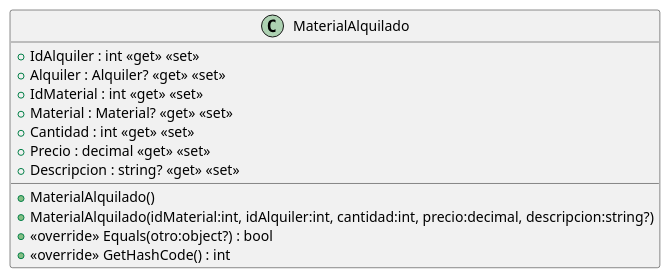
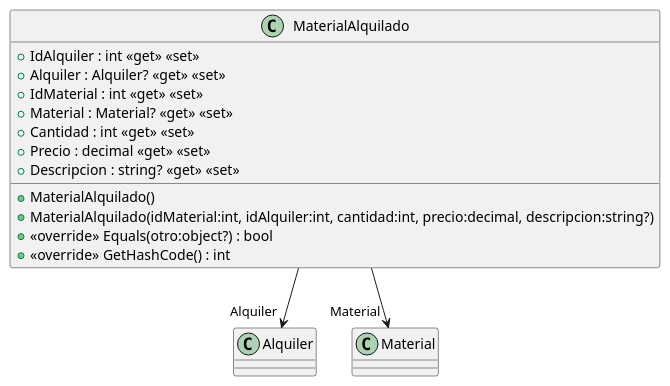
The diagram in src/AppForSEII.API/ClassDiagram/MaterialAlquilado.puml (GrupoSixSeven/ISII2627GrupoSixSeven), drawn with PlantUML before and after one commit. The commit also changed 13 other files, not shown here.

First line of the commit message:
Crear diagrama CU-3 (T-29)

```diff
--- a/src/AppForSEII.API/ClassDiagram/MaterialAlquilado.puml
+++ b/src/AppForSEII.API/ClassDiagram/MaterialAlquilado.puml
@@ -1,15 +1,17 @@
 @startuml
 class MaterialAlquilado {
     + IdAlquiler : int <<get>> <<set>>
     + Alquiler : Alquiler? <<get>> <<set>>
     + IdMaterial : int <<get>> <<set>>
     + Material : Material? <<get>> <<set>>
     + Cantidad : int <<get>> <<set>>
     + Precio : decimal <<get>> <<set>>
     + Descripcion : string? <<get>> <<set>>
     + MaterialAlquilado()
     + MaterialAlquilado(idMaterial:int, idAlquiler:int, cantidad:int, precio:decimal, descripcion:string?)
     + <<override>> Equals(otro:object?) : bool
     + <<override>> GetHashCode() : int
 }
+MaterialAlquilado --> "Alquiler" Alquiler
+MaterialAlquilado --> "Material" Material
 @enduml
```
